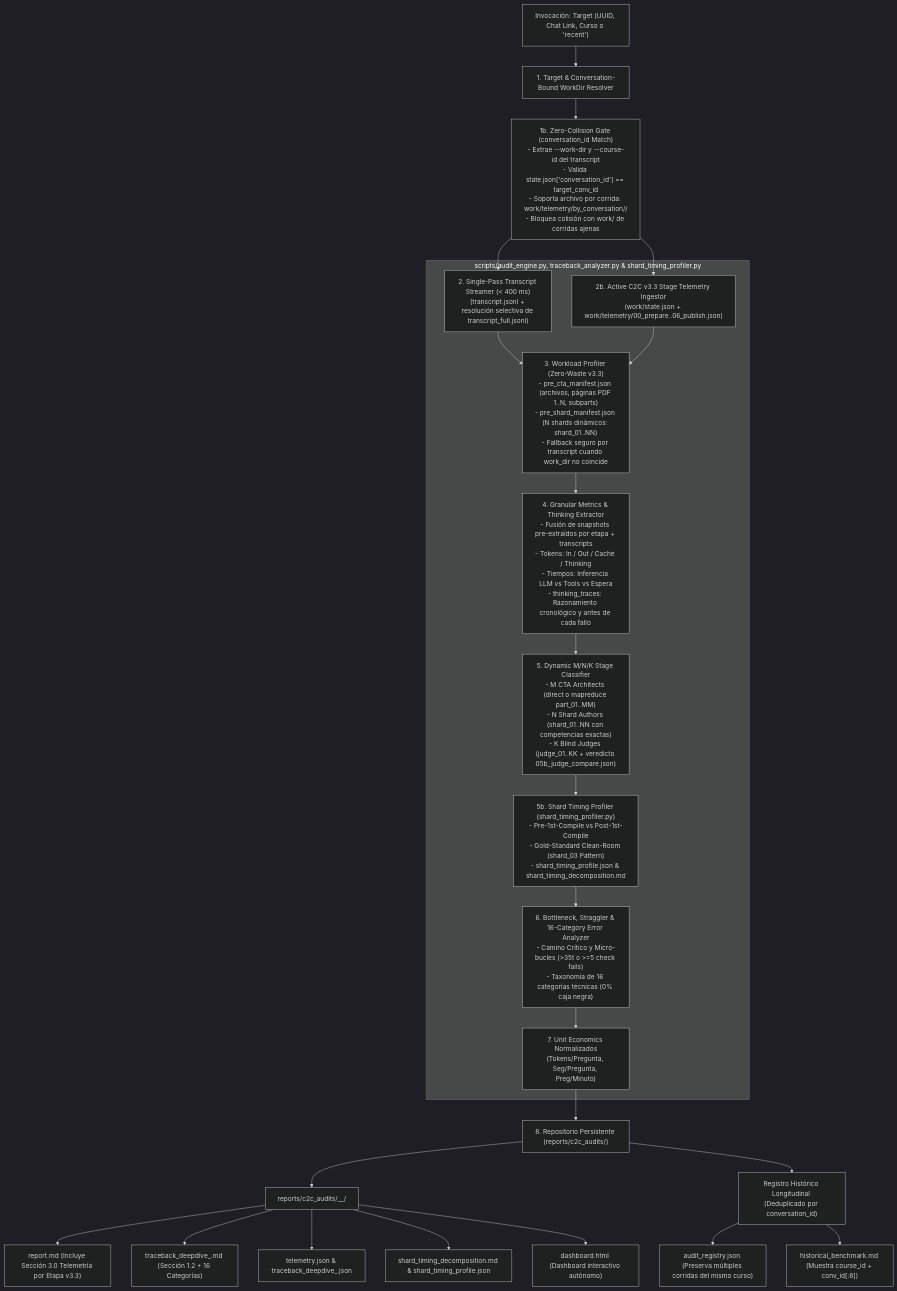
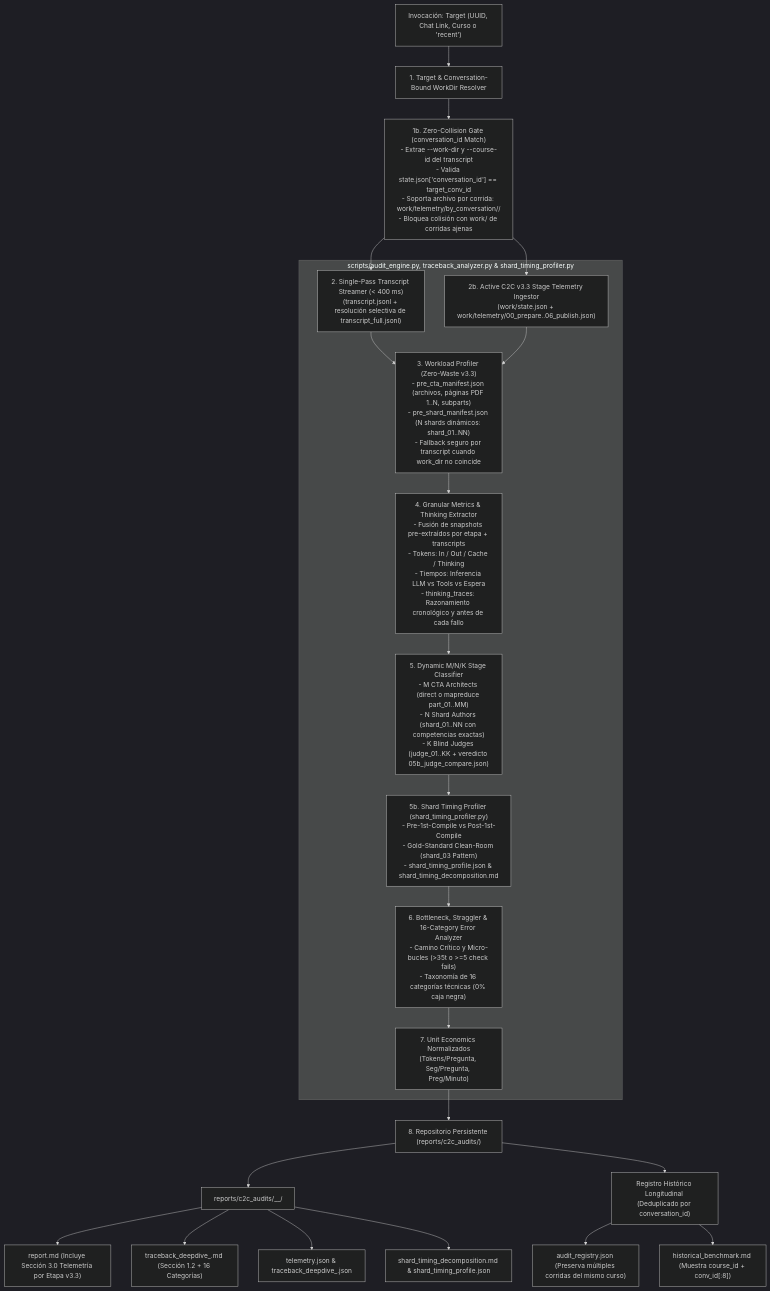
The diagram in .agents/skills/c2c-run-auditor/SKILL.md (aguerta/Tops_academy), drawn with Mermaid (dark theme) before and after one commit. The commit also changed other lines of this file and 1 other file, not shown here.

Commit message:
refactor(auditor): streamline c2c-run-auditor to MD/JSON outputs

````diff
--- a/.agents/skills/c2c-run-auditor/SKILL.md
+++ b/.agents/skills/c2c-run-auditor/SKILL.md
@@ -59,29 +56,28 @@
 ```mermaid
 flowchart TD
     User["Invocación: Target (UUID, Chat Link, Curso o 'recent')"] --> Resolver["1. Target & Conversation-Bound WorkDir Resolver"]
     Resolver --> ZeroColl["1b. Zero-Collision Gate (conversation_id Match)\n- Extrae --work-dir y --course-id del transcript\n- Valida state.json['conversation_id'] == target_conv_id\n- Soporta archivo por corrida: work/telemetry/by_conversation/<conv_id>/\n- Bloquea colisión con work/ de corridas ajenas"]
     ZeroColl --> Streamer["2. Single-Pass Transcript Streamer (< 400 ms)\n(transcript.jsonl + resolución selectiva de transcript_full.jsonl)"]
     ZeroColl --> IncTel["2b. Active C2C v3.3 Stage Telemetry Ingestor\n(work/state.json + work/telemetry/00_prepare..06_publish.json)"]
     
     subgraph Engine ["scripts/audit_engine.py, traceback_analyzer.py & shard_timing_profiler.py"]
         Streamer --> Workload["3. Workload Profiler (Zero-Waste v3.3)\n- pre_cta_manifest.json (archivos, páginas PDF 1..N, subparts)\n- pre_shard_manifest.json (N shards dinámicos: shard_01..NN)\n- Fallback seguro por transcript cuando work_dir no coincide"]
         IncTel --> Workload
         Workload --> Metrics["4. Granular Metrics & Thinking Extractor\n- Fusión de snapshots pre-extraídos por etapa + transcripts\n- Tokens: In / Out / Cache / Thinking\n- Tiempos: Inferencia LLM vs Tools vs Espera\n- thinking_traces: Razonamiento cronológico y antes de cada fallo"]
         Metrics --> Stages["5. Dynamic M/N/K Stage Classifier\n- M CTA Architects (direct o mapreduce part_01..MM)\n- N Shard Authors (shard_01..NN con competencias exactas)\n- K Blind Judges (judge_01..KK + veredicto 05b_judge_compare.json)"]
         Stages --> ShardProfiler["5b. Shard Timing Profiler (shard_timing_profiler.py)\n- Pre-1st-Compile vs Post-1st-Compile\n- Gold-Standard Clean-Room (shard_03 Pattern)\n- shard_timing_profile.json & shard_timing_decomposition.md"]
         ShardProfiler --> Bottlenecks["6. Bottleneck, Straggler & 16-Category Error Analyzer\n- Camino Crítico y Micro-bucles (>35t o >=5 check fails)\n- Taxonomía de 16 categorías técnicas (0% caja negra)"]
         Bottlenecks --> UnitEcon["7. Unit Economics Normalizados\n(Tokens/Pregunta, Seg/Pregunta, Preg/Minuto)"]
     end
     
     UnitEcon --> Persistence["8. Repositorio Persistente (reports/c2c_audits/)"]
     Persistence --> RunDir["reports/c2c_audits/<timestamp>_<course>_<conv_id[:8]>/"]
     RunDir --> RepMD["report.md (Incluye Sección 3.0 Telemetría por Etapa v3.3)"]
     RunDir --> TraceMD["traceback_deepdive_<id>.md (Sección 1.2 + 16 Categorías)"]
     RunDir --> TelJSON["telemetry.json & traceback_deepdive_<id>.json"]
     RunDir --> ShardMD["shard_timing_decomposition.md & shard_timing_profile.json"]
-    RunDir --> DashHTML["dashboard.html (Dashboard interactivo autónomo)"]
     
     Persistence --> Registry["Registro Histórico Longitudinal (Deduplicado por conversation_id)"]
     Registry --> RegJSON["audit_registry.json (Preserva múltiples corridas del mismo curso)"]
     Registry --> BenchMD["historical_benchmark.md (Muestra course_id + conv_id[:8])"]
 ```
````
